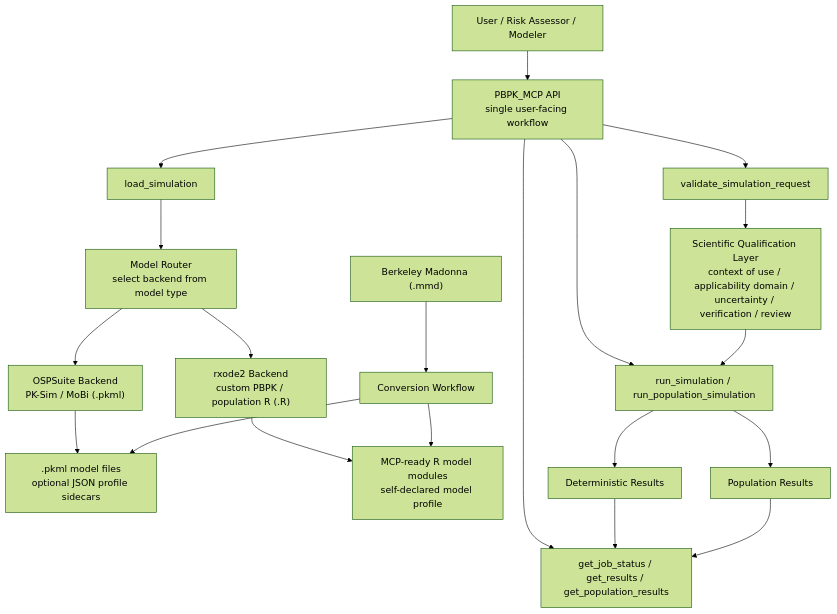
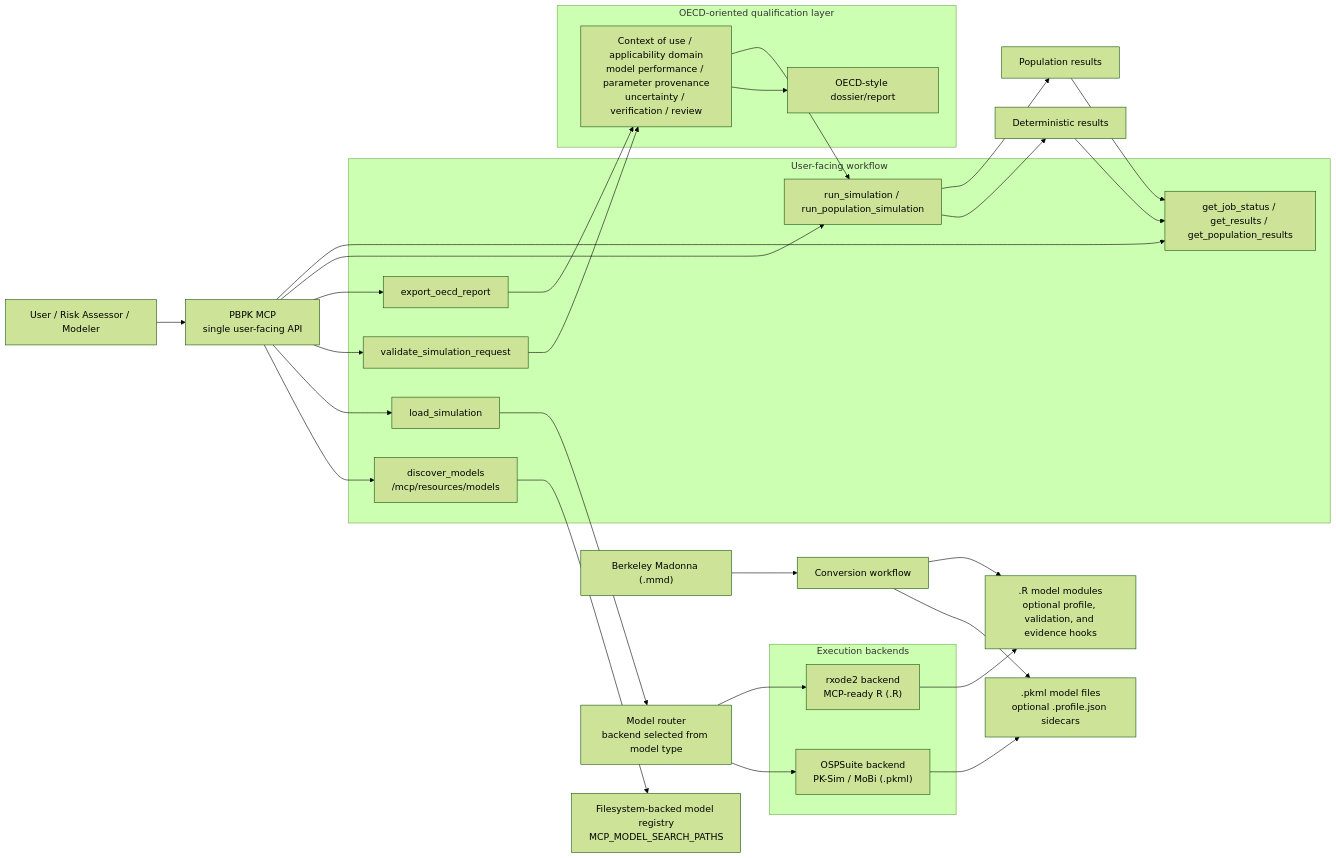
One commit to ToxMCP/pbpk-mcp changed the first of 2 diagrams in docs/architecture/dual_backend_pbpk_mcp.md. Above: the diagram before and after it, drawn with Mermaid (forest theme). The commit also changed other lines of this file and 20 other files, not shown here.

Commit message:
Add OECD report export and release readiness workflow

````diff
--- a/docs/architecture/dual_backend_pbpk_mcp.md
+++ b/docs/architecture/dual_backend_pbpk_mcp.md
@@ -41,27 +39,53 @@
 ```mermaid
-flowchart TD
-    user["User / Risk Assessor / Modeler"] --> api["PBPK_MCP API<br/>single user-facing workflow"]
-    api --> load["load_simulation"]
-    api --> validate["validate_simulation_request"]
-    api --> run["run_simulation / run_population_simulation"]
-    api --> results["get_job_status / get_results / get_population_results"]
+flowchart LR
+    user["User / Risk Assessor / Modeler"] --> api["PBPK MCP<br/>single user-facing API"]
 
-    load --> router["Model Router<br/>select backend from model type"]
-    router --> ospsuite["OSPSuite Backend<br/>PK-Sim / MoBi (.pkml)"]
-    router --> rxode2["rxode2 Backend<br/>custom PBPK / population R (.R)"]
+    subgraph workflow["User-facing workflow"]
+        discover["discover_models<br/>/mcp/resources/models"]
+        load["load_simulation"]
+        validate["validate_simulation_request"]
+        report["export_oecd_report"]
+        run["run_simulation / run_population_simulation"]
+        results["get_job_status / get_results / get_population_results"]
+    end
 
-    ospsuite --> pkml[".pkml model files<br/>optional JSON profile sidecars"]
-    rxode2 --> rmodels["MCP-ready R model modules<br/>self-declared model profile"]
+    api --> discover
+    api --> load
+    api --> validate
+    api --> report
+    api --> run
+    api --> results
 
-    validate --> profile["Scientific Qualification Layer<br/>context of use / applicability domain / uncertainty / verification / review"]
-    profile --> run
+    discover --> registry["Filesystem-backed model registry<br/>MCP_MODEL_SEARCH_PATHS"]
+    load --> router["Model router<br/>backend selected from model type"]
 
-    mmadonna["Berkeley Madonna (.mmd)"] --> convert["Conversion Workflow"]
+    subgraph backends["Execution backends"]
+        ospsuite["OSPSuite backend<br/>PK-Sim / MoBi (.pkml)"]
+        rxode2["rxode2 backend<br/>MCP-ready R (.R)"]
+    end
+
+    router --> ospsuite
+    router --> rxode2
+
+    ospsuite --> pkml[".pkml model files<br/>optional .profile.json sidecars"]
+    rxode2 --> rmodels[".R model modules<br/>optional profile, validation, and evidence hooks"]
+
+    subgraph qualification["OECD-oriented qualification layer"]
+        qualmeta["Context of use / applicability domain<br/>model performance / parameter provenance<br/>uncertainty / verification / review"]
+        dossier["OECD-style dossier/report"]
+    end
+
+    validate --> qualmeta
+    report --> qualmeta
+    qualmeta --> dossier
+    qualmeta --> run
+
+    mmadonna["Berkeley Madonna (.mmd)"] --> convert["Conversion workflow"]
     convert --> pkml
     convert --> rmodels
 
-    run --> det["Deterministic Results"]
-    run --> pop["Population Results"]
+    run --> det["Deterministic results"]
+    run --> pop["Population results"]
     det --> results
     pop --> results
 ```
````
